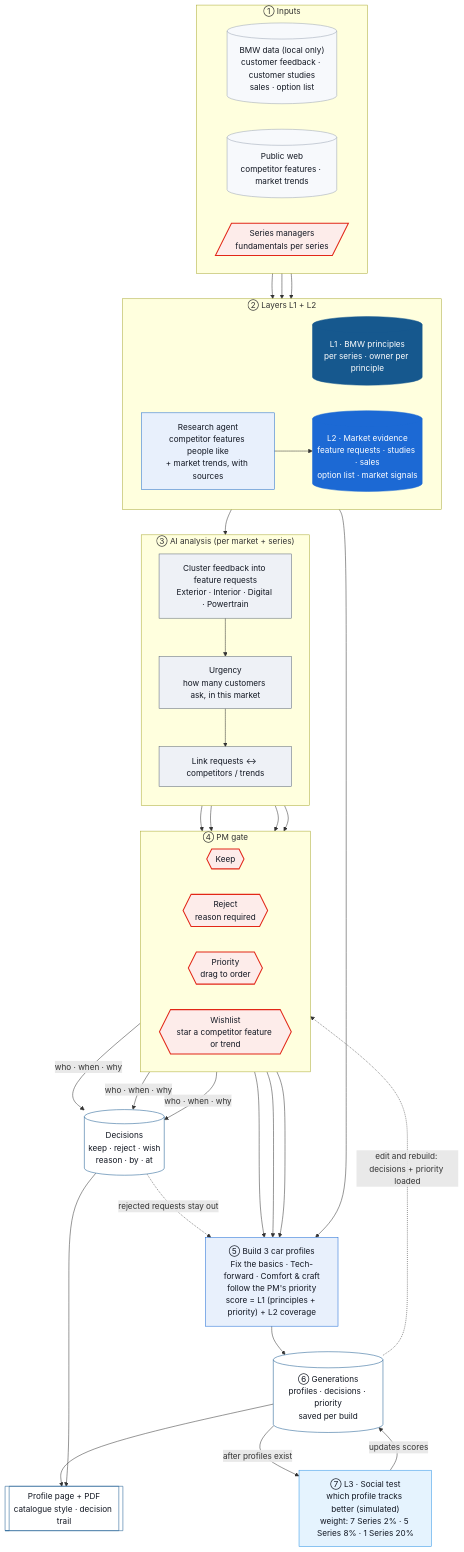
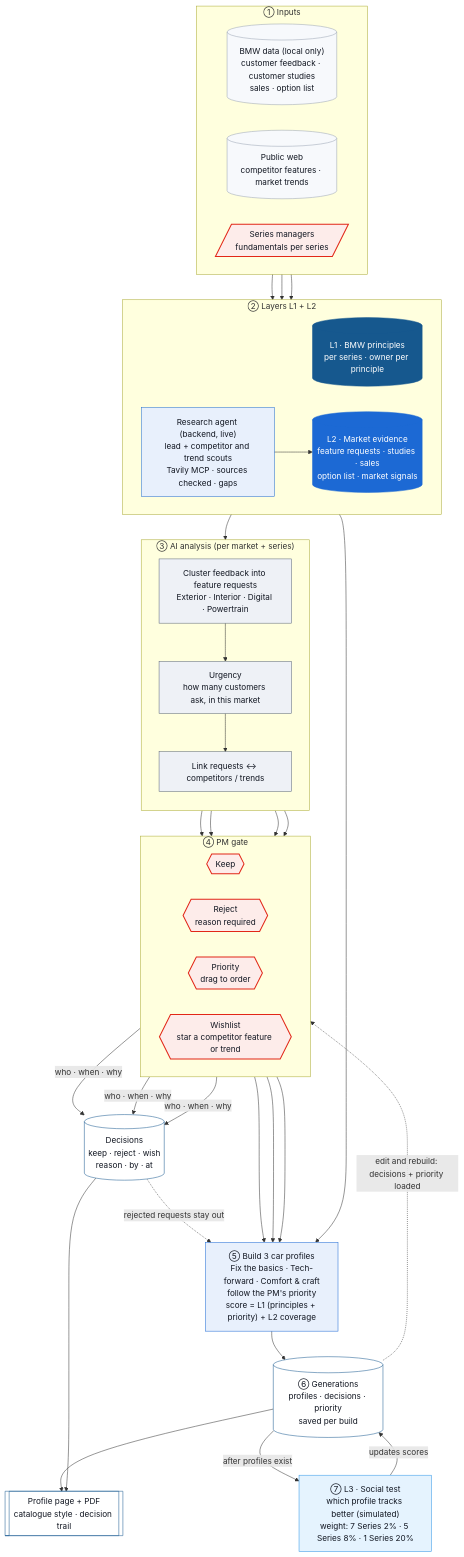
The diagram in docs/architecture/01-system-overview.md (european-hackathon-league/submission-1ed05f96-9921-4f14-8fc3-e6402bea84fd-1413423705), drawn with Mermaid before and after one commit. The commit also changed other lines of this file and 4 other files, not shown here.

````diff
--- a/docs/architecture/01-system-overview.md
+++ b/docs/architecture/01-system-overview.md
@@ -5,74 +5,74 @@
 ```mermaid
 flowchart TB
   %% Dixi: principles first, market evidence as the engine, the PM decides, every decision keeps who · when · why.
   %% Colours follow branding/tokens.css: grey = AI on its own, blue = AI proposes, red = human only.
   %% Layers: L1 deep blue (BMW principles), L2 BMW blue (market evidence), L3 light blue (social test, after profiles).
 
   subgraph SRC["① Inputs"]
     direction LR
     S1[("BMW data (local only)<br/>customer feedback · customer studies<br/>sales · option list")]
     S2[("Public web<br/>competitor features · market trends")]
     S4[/"Series managers<br/>fundamentals per series"/]
   end
 
   subgraph LAY["② Layers L1 + L2"]
     direction LR
     L1[("L1 · BMW principles<br/>per series · owner per principle")]
-    RA["Research agent<br/>competitor features people like<br/>+ market trends, with sources"]
+    RA["Research agent (backend, live)<br/>lead + competitor and trend scouts<br/>Tavily MCP · sources checked · gaps"]
     L2[("L2 · Market evidence<br/>feature requests · studies · sales<br/>option list · market signals")]
   end
 
   subgraph AN["③ AI analysis (per market + series)"]
     direction TB
     CL["Cluster feedback into feature requests<br/>Exterior · Interior · Digital · Powertrain"]
     UR["Urgency<br/>how many customers ask, in this market"]
     LK["Link requests ↔ competitors / trends"]
   end
 
   subgraph GATE["④ PM gate"]
     direction LR
     KP{{"Keep"}}
     RJ{{"Reject<br/>reason required"}}
     PR{{"Priority<br/>drag to order"}}
     WL{{"Wishlist<br/>star a competitor feature or trend"}}
   end
 
   DM[("Decisions<br/>keep · reject · wish<br/>reason · by · at")]
   BU["⑤ Build 3 car profiles<br/>Fix the basics · Tech-forward · Comfort &amp; craft<br/>follow the PM's priority<br/>score = L1 (principles + priority) + L2 coverage"]
   GEN[("⑥ Generations<br/>profiles · decisions · priority<br/>saved per build")]
   PDF[["Profile page + PDF<br/>catalogue style · decision trail"]]
   L3["⑦ L3 · Social test<br/>which profile tracks better (simulated)<br/>weight: 7 Series 2% · 5 Series 8% · 1 Series 20%"]
 
   S1 --> L2
   S2 --> RA --> L2
   S4 --> L1
   L2 --> CL --> UR --> LK
   LK --> KP & RJ & PR & WL
   KP & RJ & WL -- "who · when · why" --> DM
   KP & PR & WL --> BU
   L1 --> BU
   DM -. "rejected requests stay out" .-> BU
   BU --> GEN --> PDF
   DM --> PDF
   GEN -- "after profiles exist" --> L3
   L3 -- "updates scores" --> GEN
   GEN -. "edit and rebuild: decisions + priority loaded" .-> GATE
 
   classDef auto fill:#eef1f6,stroke:#5b6676,color:#121722
   classDef propose fill:#e8f0fc,stroke:#1c69d4,color:#121722
   classDef human fill:#fdecea,stroke:#e22718,color:#121722,stroke-width:2px
   classDef l1 fill:#16588e,stroke:#16588e,color:#ffffff
   classDef l2 fill:#1c69d4,stroke:#1c69d4,color:#ffffff
   classDef l3 fill:#e5f3fe,stroke:#2f95e6,color:#121722
   classDef store fill:#ffffff,stroke:#16588e,color:#121722
   classDef src fill:#f7f9fc,stroke:#98a2b3,color:#121722
 
   class S1,S2 src
   class S4,KP,RJ,PR,WL human
   class CL,UR,LK auto
   class RA,BU propose
   class L1 l1
   class L2 l2
   class L3 l3
   class DM,GEN,PDF store
 ```
````
